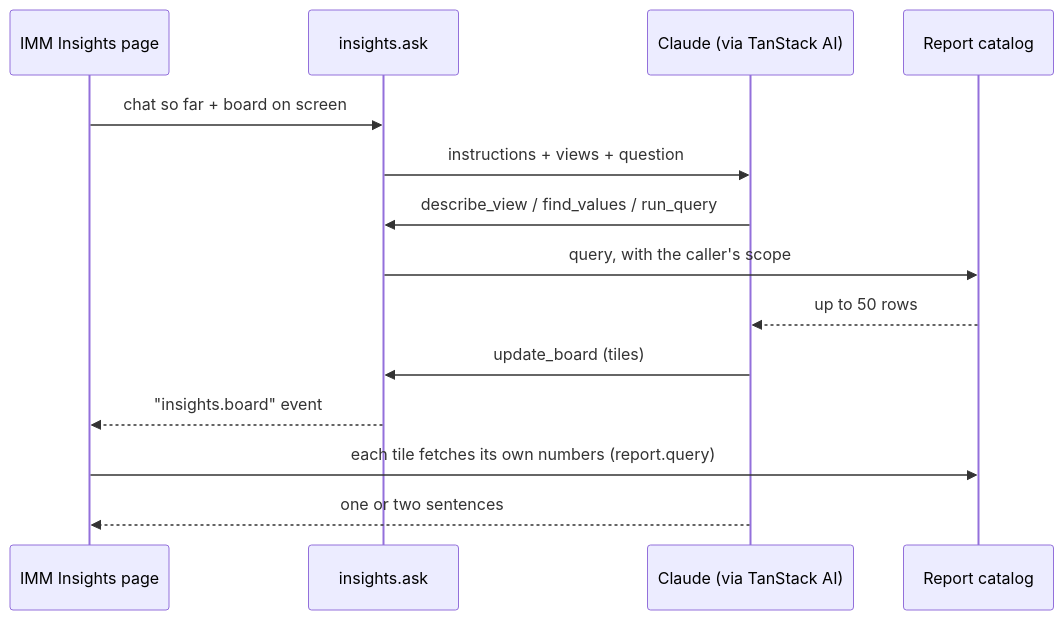
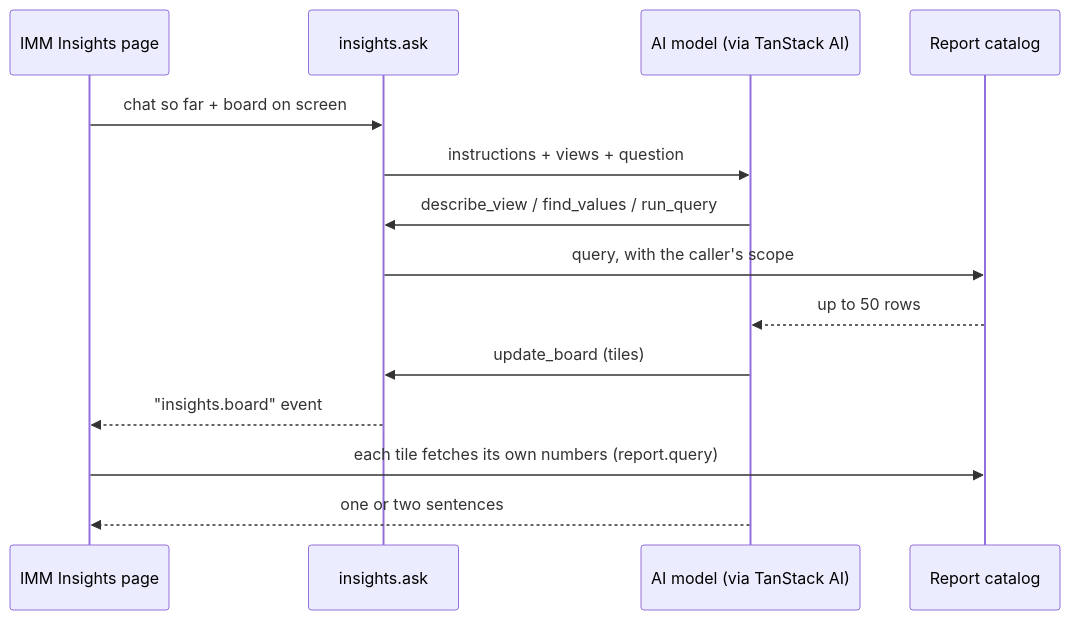
The diagram in docs/architecture/insights.md (rockwarehq/rw-server), drawn with Mermaid before and after one commit. The commit also changed other lines of this file and 4 other files, not shown here.

````diff
--- a/docs/architecture/insights.md
+++ b/docs/architecture/insights.md
@@ -31,16 +31,16 @@
 ```mermaid
 sequenceDiagram
   participant Page as IMM Insights page
   participant API as insights.ask
-  participant AI as Claude (via TanStack AI)
+  participant AI as AI model (via TanStack AI)
   participant Cat as Report catalog
   Page->>API: chat so far + board on screen
   API->>AI: instructions + views + question
   AI->>API: describe_view / find_values / run_query
   API->>Cat: query, with the caller's scope
   Cat-->>AI: up to 50 rows
   AI->>API: update_board (tiles)
   API-->>Page: "insights.board" event
   Page->>Cat: each tile fetches its own numbers (report.query)
   AI-->>Page: one or two sentences
 ```
````
